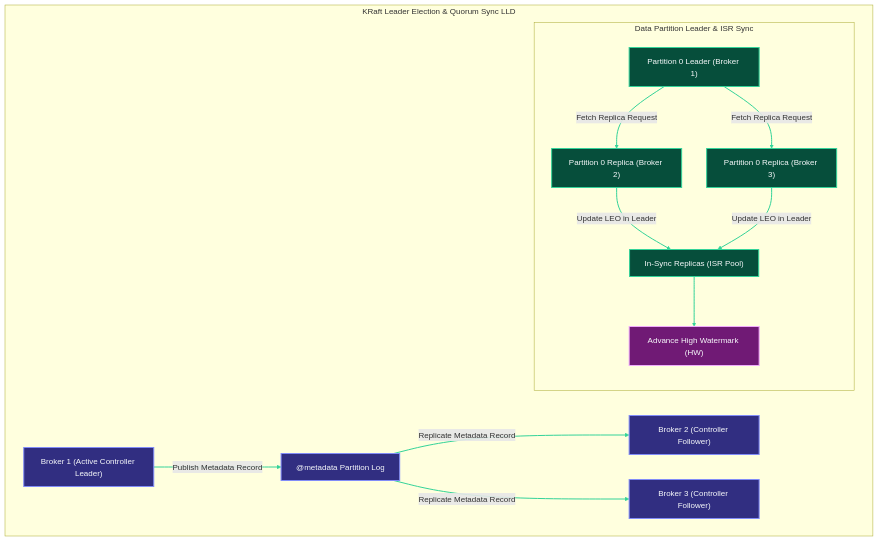
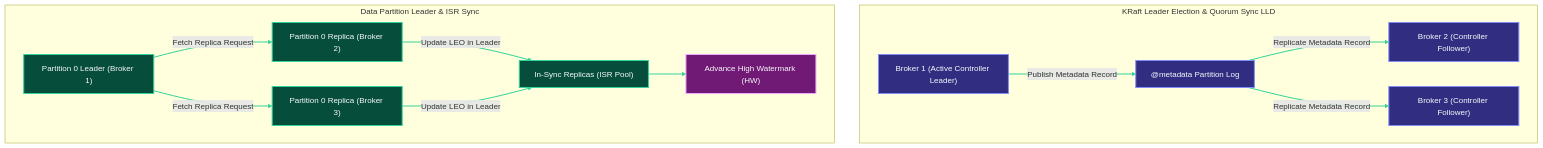
Before and after one commit to Chief-Strategist-J/llm-obs-infra: diagram 24 of 24 in docs/configDoc/kafka-configuration-guide.md, drawn with Mermaid. The commit also changed other lines of this file, not shown here.

Commit message:
fix(kafka-docs): flatten all nested subgraphs across architecture guide to eliminate Dagre layout distance rendering errors on GitHub

````diff
--- a/docs/configDoc/kafka-configuration-guide.md
+++ b/docs/configDoc/kafka-configuration-guide.md
@@ -1842,29 +1838,29 @@
 ```mermaid
 graph TB
     subgraph KRaftReplicationLLD ["KRaft Leader Election & Quorum Sync LLD"]
         Controller1["Broker 1 (Active Controller Leader)"] -->|Publish Metadata Record| MetadataLog["@metadata Partition Log"]
         MetadataLog -->|Replicate Metadata Record| Controller2["Broker 2 (Controller Follower)"]
         MetadataLog -->|Replicate Metadata Record| Controller3["Broker 3 (Controller Follower)"]
+    end
 
-        subgraph PartitionReplication ["Data Partition Leader & ISR Sync"]
-            P_Leader["Partition 0 Leader (Broker 1)"] -->|Fetch Replica Request| P_Follower2["Partition 0 Replica (Broker 2)"]
-            P_Leader -->|Fetch Replica Request| P_Follower3["Partition 0 Replica (Broker 3)"]
-            P_Follower2 -->|Update LEO in Leader| ISR_Quorum["In-Sync Replicas (ISR Pool)"]
-            P_Follower3 -->|Update LEO in Leader| ISR_Quorum
-            ISR_Quorum --> AdvanceHW["Advance High Watermark (HW)"]
-        end
+    subgraph PartitionReplication ["Data Partition Leader & ISR Sync"]
+        P_Leader["Partition 0 Leader (Broker 1)"] -->|Fetch Replica Request| P_Follower2["Partition 0 Replica (Broker 2)"]
+        P_Leader -->|Fetch Replica Request| P_Follower3["Partition 0 Replica (Broker 3)"]
+        P_Follower2 -->|Update LEO in Leader| ISR_Quorum["In-Sync Replicas (ISR Pool)"]
+        P_Follower3 -->|Update LEO in Leader| ISR_Quorum
+        ISR_Quorum --> AdvanceHW["Advance High Watermark (HW)"]
     end
 
     style Controller1 fill:#312e81,stroke:#818cf8,stroke-width:2px,color:#f8fafc
     style MetadataLog fill:#312e81,stroke:#818cf8,stroke-width:2px,color:#f8fafc
     style Controller2 fill:#312e81,stroke:#818cf8,stroke-width:2px,color:#f8fafc
     style Controller3 fill:#312e81,stroke:#818cf8,stroke-width:2px,color:#f8fafc
 
     style P_Leader fill:#064e3b,stroke:#34d399,stroke-width:2px,color:#f8fafc
     style P_Follower2 fill:#064e3b,stroke:#34d399,stroke-width:2px,color:#f8fafc
     style P_Follower3 fill:#064e3b,stroke:#34d399,stroke-width:2px,color:#f8fafc
     style ISR_Quorum fill:#064e3b,stroke:#34d399,stroke-width:2px,color:#f8fafc
     style AdvanceHW fill:#701a75,stroke:#f0abfc,stroke-width:2px,color:#f8fafc
 
     linkStyle 0,1,2,3,4,5,6,7 stroke:#34d399,stroke-width:2px;
 ```
````
